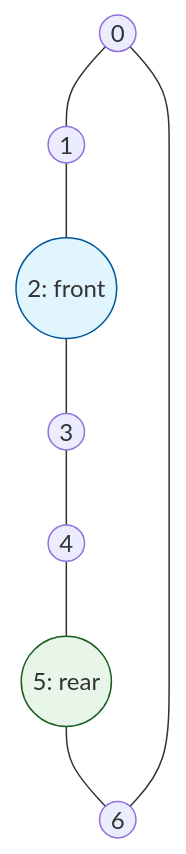
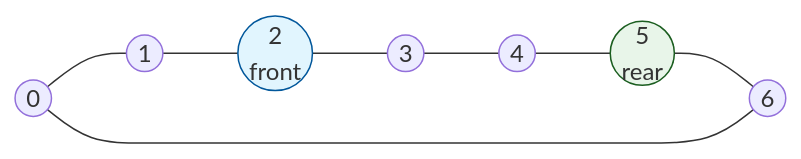
The diagram in docs/2_semestr/20_lists_vector.md (vplanto/cpp), drawn with Mermaid before and after one commit. The commit also changed other lines of this file and 2 other files, not shown here.

````diff
--- a/docs/2_semestr/20_lists_vector.md
+++ b/docs/2_semestr/20_lists_vector.md
@@ -219,13 +221,8 @@
 ```mermaid
-graph TD
-    0((0)) --- 1((1))
-    6((6)) --- 0
-    1 --- 2((2: front))
-    5((5: rear)) --- 6
-    2 --- 3((3))
-    4((4)) --- 5
-    3 --- 4
+flowchart LR
+    A0((0)) --- A1((1)) --- A2((2<br/>front)) --- A3((3)) --- A4((4)) --- A5((5<br/>rear)) --- A6((6))
+    A6 --- A0
 
-    style 2 fill:#e1f5fe,stroke:#01579b
-    style 5 fill:#e8f5e9,stroke:#1b5e20
+    style A2 fill:#e1f5fe,stroke:#01579b
+    style A5 fill:#e8f5e9,stroke:#1b5e20
 ```
````
